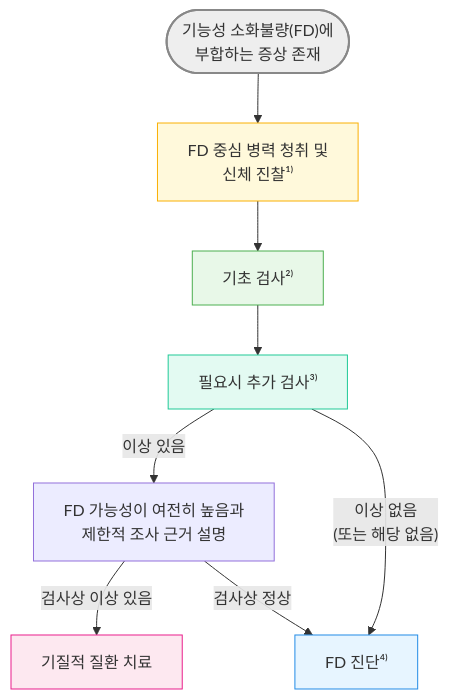
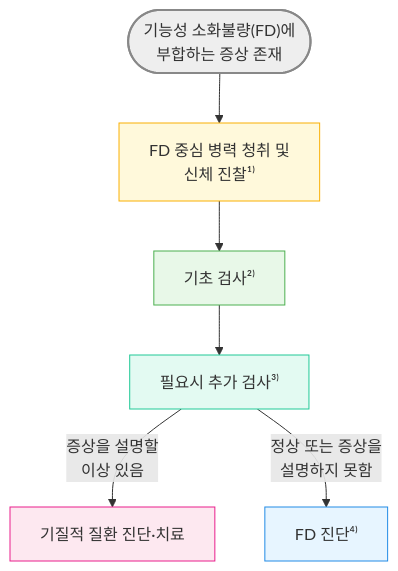
Before and after one commit to familyoh77/familyoh77: the diagram in 224_/076_-functional-dyspepsia-fd.md, drawn with Mermaid. The commit also changed other lines of this file and 15 other files, not shown here.

````diff
--- a/224_/076_-functional-dyspepsia-fd.md
+++ b/224_/076_-functional-dyspepsia-fd.md
@@ -130,21 +130,17 @@
 ```mermaid
 graph TD
-    Start(["기능성 소화불량(FD)에 <br/>부합하는 증상 존재"]) 
+    Start(["기능성 소화불량(FD)에 <br/>부합하는 증상 존재"])
     --> History["FD 중심 병력 청취 및<br/> 신체 진찰¹⁾"]
     History --> Labs["기초 검사²⁾"]
     Labs --> AddTest["필요시 추가 검사³⁾"]
 
-    AddTest -- "이상 있음" --> Expl["FD 가능성이 여전히 높음과<br/>제한적 조사 근거 설명"]
-    
-    Expl -- "검사상 이상 있음" --> Organic["기질적 질환 치료"]
-    Expl -- "검사상 정상" --> FD_Diag["FD 진단⁴⁾"]
-    
-    AddTest -- "이상 없음<br/>(또는 해당 없음)" --> FD_Diag
+    AddTest -- "증상을 설명할<br/>이상 있음" --> Organic["기질적 질환 진단·치료"]
+    AddTest -- "정상 또는 증상을<br/>설명하지 못함" --> FD_Diag["FD 진단⁴⁾"]
 
     style Start fill:#eeeeee,stroke:#888888,stroke-width:2px
     style History fill:#fff9db,stroke:#fab005
     style Labs fill:#e8f8e8,stroke:#4caf50
     style AddTest fill:#e3faf2,stroke:#20c997
     style FD_Diag fill:#e7f5ff,stroke:#228be6
     style Organic fill:#fde8f0,stroke:#e91e8c
 ```
````
